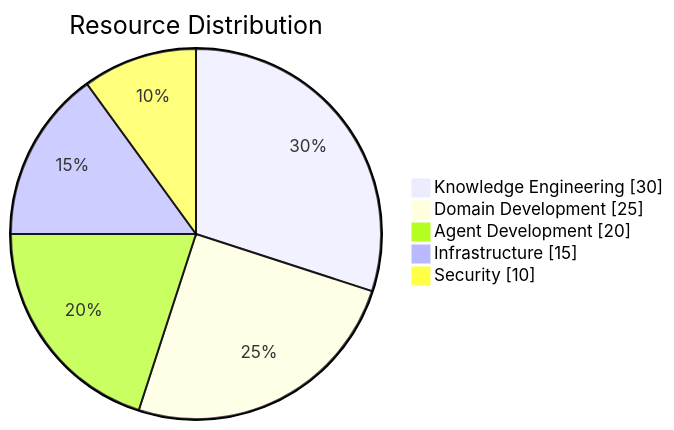
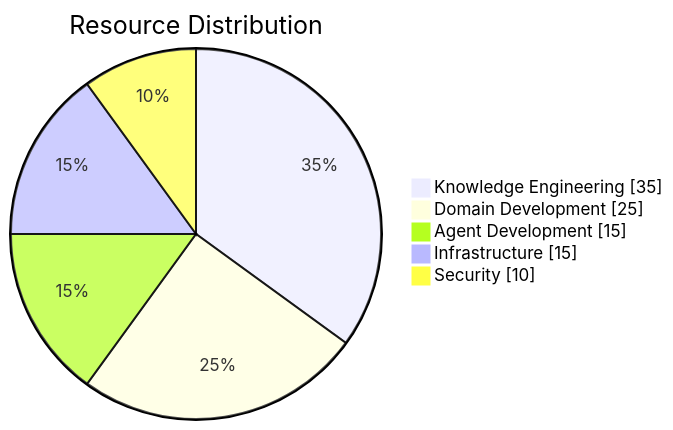
Before and after one commit to TheCowboyAI/cim: the fourth of 4 diagrams in docs/dashboard.md, drawn with Mermaid. The commit also changed other lines of this file, not shown here.

````diff
--- a/docs/dashboard.md
+++ b/docs/dashboard.md
@@ -133,9 +137,9 @@
 ```mermaid
 pie showData
     title Resource Distribution
-    "Knowledge Engineering" : 30
+    "Knowledge Engineering" : 35
     "Domain Development" : 25
-    "Agent Development" : 20
+    "Agent Development" : 15
     "Infrastructure" : 15
     "Security" : 10
 ```
````
